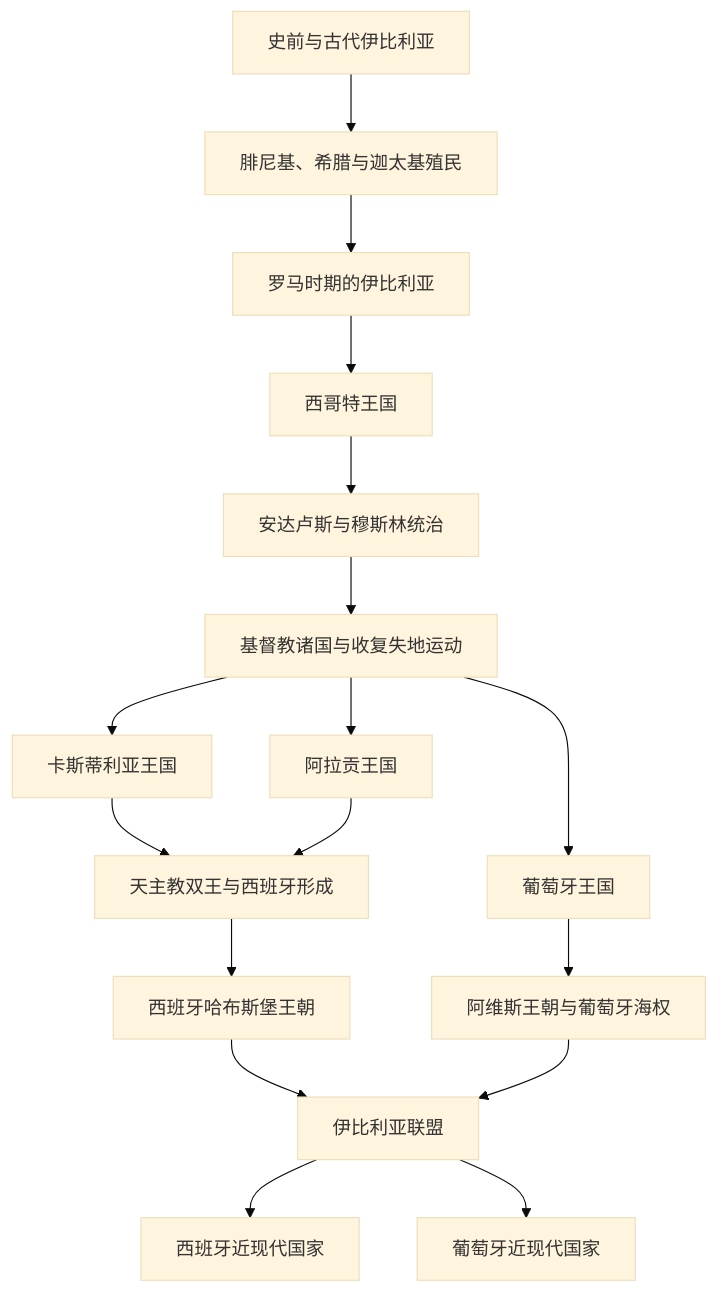
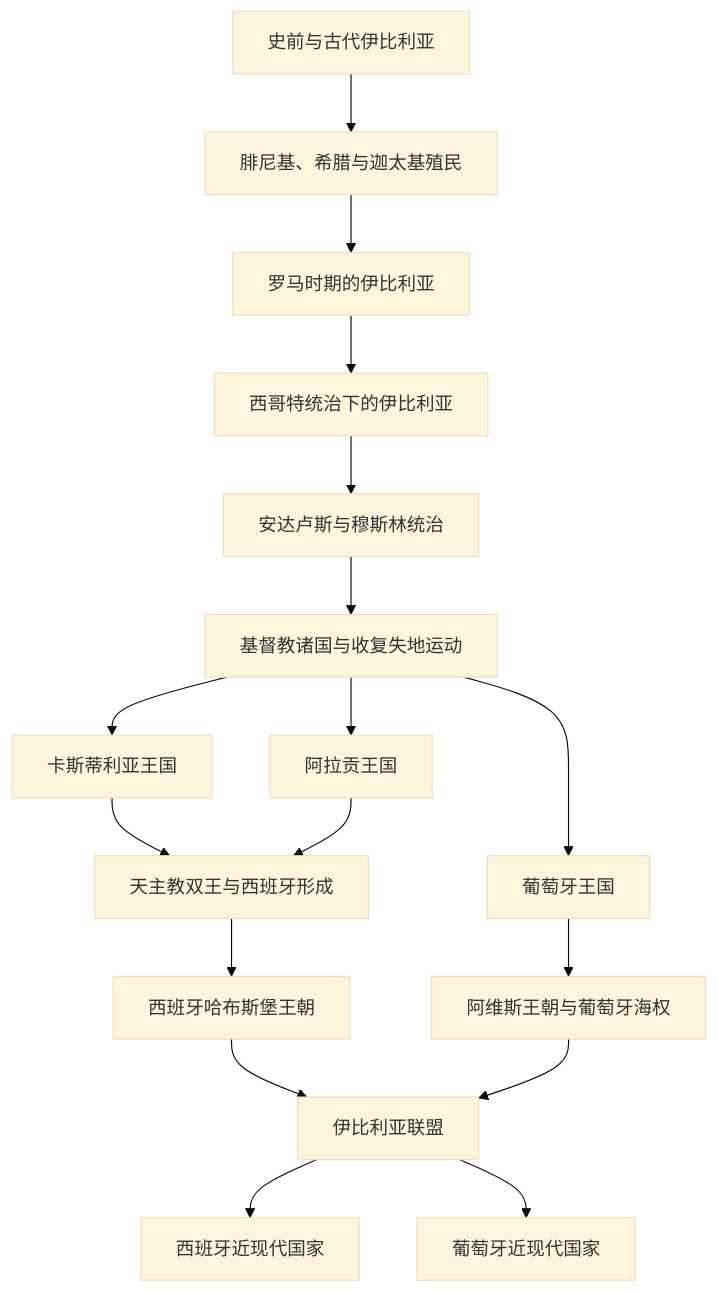
The diagram in 人文科学/历史/欧洲/伊比利亚半岛/README.md (tianlan-dev/learning-notes), drawn with Mermaid (base theme) before and after one commit. The commit also changed other lines of this file and 180 other files, not shown here.

````diff
--- a/人文科学/历史/欧洲/伊比利亚半岛/README.md
+++ b/人文科学/历史/欧洲/伊比利亚半岛/README.md
@@ -14,19 +14,19 @@
 ```mermaid
 flowchart TD
     Pre["史前与古代伊比利亚"] --> Colonies["腓尼基、希腊与迦太基殖民"]
     Colonies --> Rome["罗马时期的伊比利亚"]
-    Rome --> Visigoth["西哥特王国"]
+    Rome --> Visigoth["西哥特统治下的伊比利亚"]
     Visigoth --> Andalus["安达卢斯与穆斯林统治"]
     Andalus --> Reconquista["基督教诸国与收复失地运动"]
     Reconquista --> Castile["卡斯蒂利亚王国"]
     Reconquista --> Aragon["阿拉贡王国"]
     Reconquista --> Portugal["葡萄牙王国"]
     Castile --> Spain["天主教双王与西班牙形成"]
     Aragon --> Spain
     Spain --> Habsburg["西班牙哈布斯堡王朝"]
     Portugal --> Avis["阿维斯王朝与葡萄牙海权"]
     Habsburg --> IberianUnion["伊比利亚联盟"]
     Avis --> IberianUnion
     IberianUnion --> SpainModern["西班牙近现代国家"]
     IberianUnion --> PortugalModern["葡萄牙近现代国家"]
 ```
````
